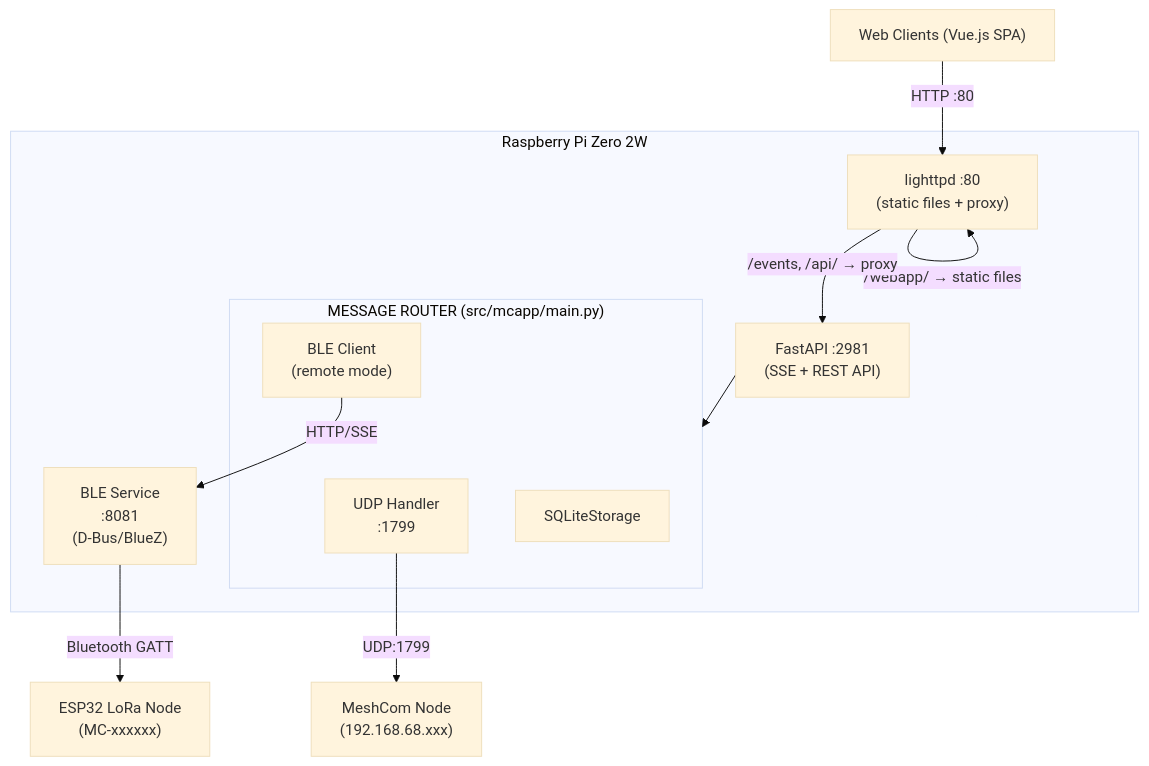
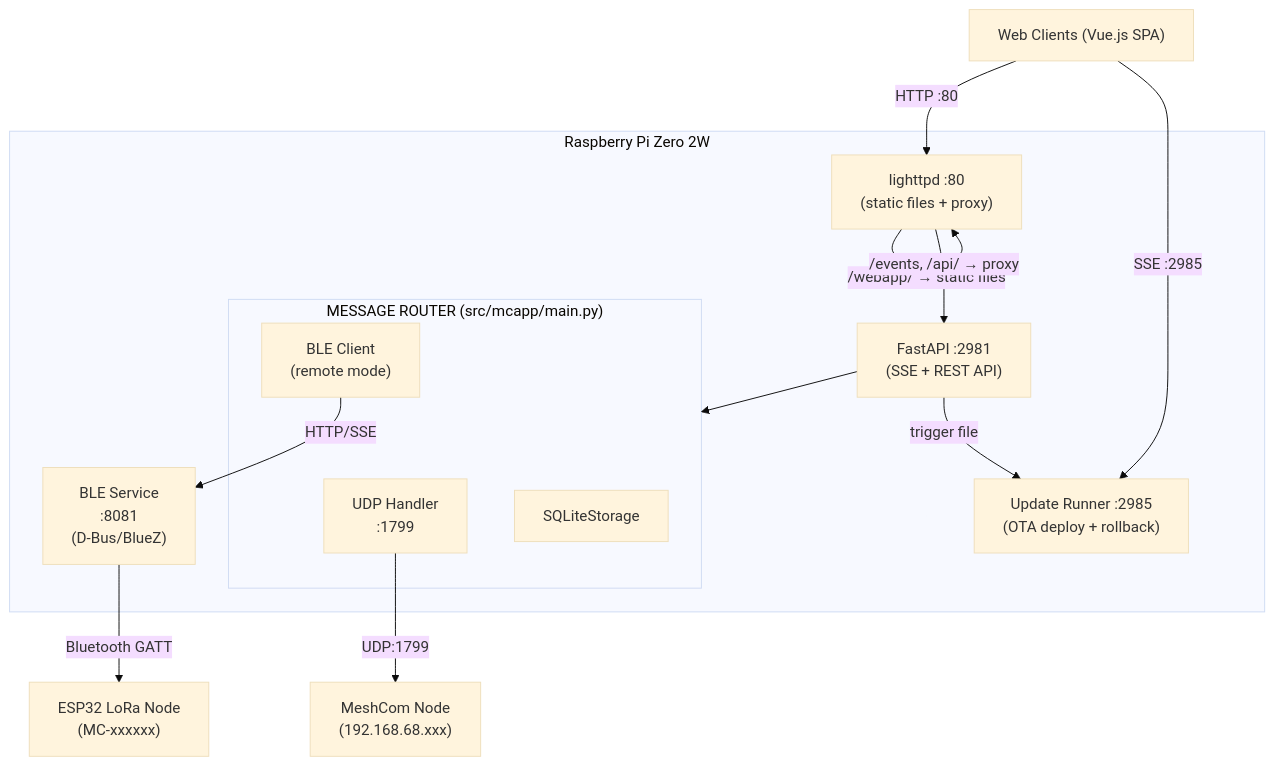
The first of 3 diagrams in CLAUDE.md (DK5EN/McApp), drawn with Mermaid (base theme) before and after one commit. The commit also changed other lines of this file and 1 other file, not shown here.

First line of the commit message:
[docs] Add update runner to CLAUDE.md and README.md

````diff
--- a/CLAUDE.md
+++ b/CLAUDE.md
@@ -12,26 +12,29 @@
 ```mermaid
 flowchart TD
     WC["Web Clients (Vue.js SPA)"]
 
     WC -- "HTTP :80" --> LH
+    WC -- "SSE :2985" --> UR
 
     subgraph Pi["Raspberry Pi Zero 2W"]
         LH["lighttpd :80<br/>(static files + proxy)"]
         FA["FastAPI :2981<br/>(SSE + REST API)"]
+        UR["Update Runner :2985<br/>(OTA deploy + rollback)"]
         BLES["BLE Service<br/>:8081<br/>(D-Bus/BlueZ)"]
 
         subgraph MR["MESSAGE ROUTER (src/mcapp/main.py)"]
             UDP["UDP Handler<br/>:1799"]
             BLE["BLE Client<br/>(remote mode)"]
             MSH["SQLiteStorage"]
         end
 
         LH -- "/webapp/ → static files" --> LH
         LH -- "/events, /api/ → proxy" --> FA
+        FA -- "trigger file" --> UR
         FA --> MR
         BLE -- "HTTP/SSE" --> BLES
     end
 
     UDP -- "UDP:1799" --> MCN["MeshCom Node<br/>(192.168.68.xxx)"]
     BLES -- "Bluetooth GATT" --> ESP["ESP32 LoRa Node<br/>(MC-xxxxxx)"]
 ```
````
